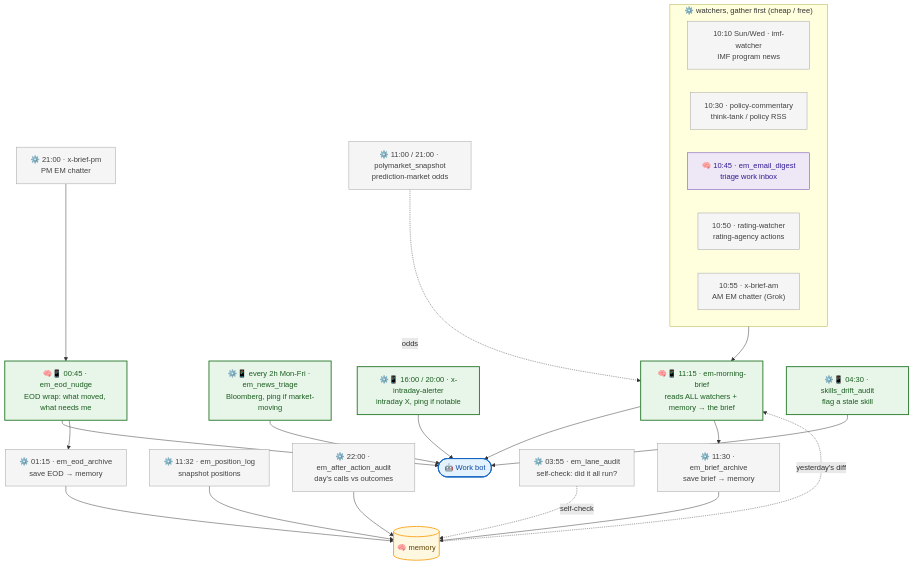
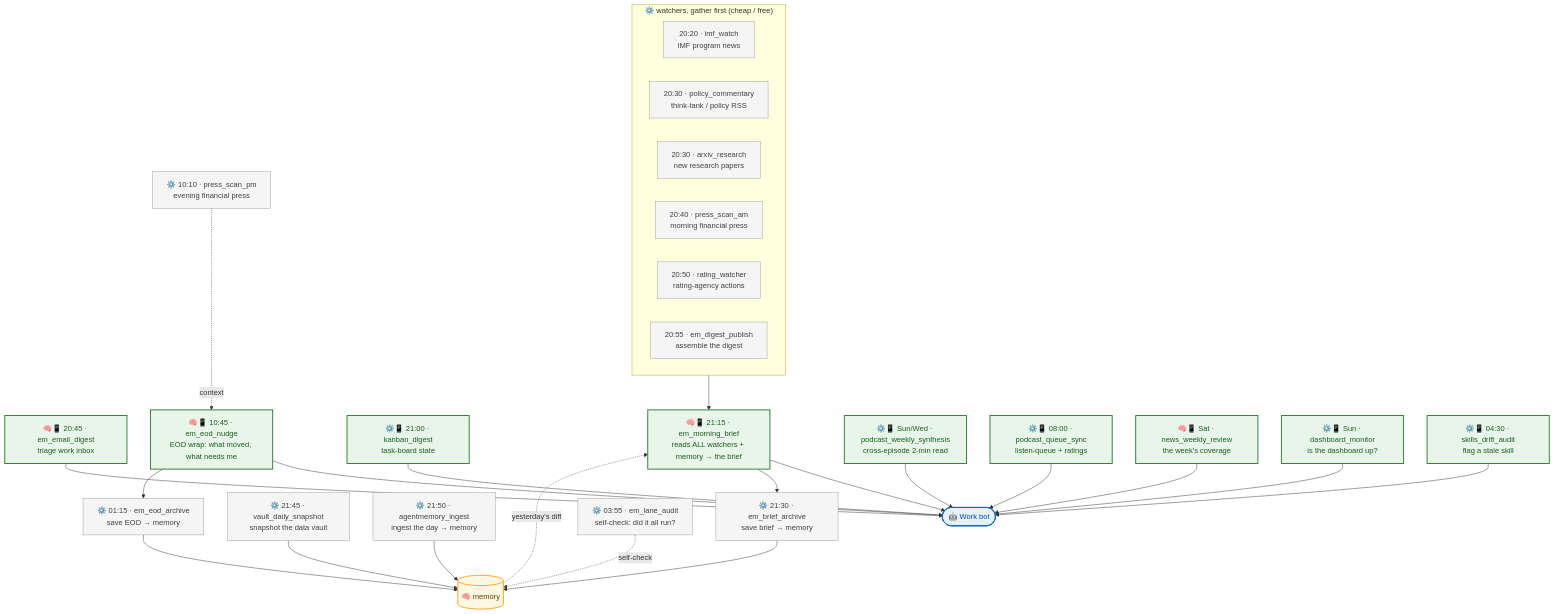
The second of 6 diagrams in docs/08-the-fleet-map.md (nickmuchi87/hermes-agents-showcase), drawn with Mermaid before and after one commit. The commit also changed other lines of this file and 8 other files, not shown here.

````diff
--- a/docs/08-the-fleet-map.md
+++ b/docs/08-the-fleet-map.md
@@ -69,46 +69,53 @@
 ```mermaid
 flowchart TB
     subgraph WS["⚙️ watchers, gather first (cheap / free)"]
         direction LR
-        w_imf["10:10 Sun/Wed · imf-watcher<br/>IMF program news"]:::plumb
-        w_pol["10:30 · policy-commentary<br/>think-tank / policy RSS"]:::plumb
-        w_eml["🧠 10:45 · em_email_digest<br/>triage work inbox"]:::agent
-        w_rat["10:50 · rating-watcher<br/>rating-agency actions"]:::plumb
-        w_xam["10:55 · x-brief-am<br/>AM EM chatter (Grok)"]:::plumb
+        w_imf["20:20 · imf_watch<br/>IMF program news"]:::plumb
+        w_pol["20:30 · policy_commentary<br/>think-tank / policy RSS"]:::plumb
+        w_arx["20:30 · arxiv_research<br/>new research papers"]:::plumb
+        w_prs["20:40 · press_scan_am<br/>morning financial press"]:::plumb
+        w_rat["20:50 · rating_watcher<br/>rating-agency actions"]:::plumb
+        w_pub["20:55 · em_digest_publish<br/>assemble the digest"]:::plumb
     end
-    brief["🧠📱 11:15 · em-morning-brief<br/>reads ALL watchers + memory → the brief"]:::ping
-    arch["⚙️ 11:30 · em_brief_archive<br/>save brief → memory"]:::plumb
-    pos["⚙️ 11:32 · em_position_log<br/>snapshot positions"]:::plumb
-    poly["⚙️ 11:00 / 21:00 · polymarket_snapshot<br/>prediction-market odds"]:::plumb
-    news2["⚙️📱 every 2h Mon-Fri · em_news_triage<br/>Bloomberg, ping if market-moving"]:::ping
-    intra["⚙️📱 16:00 / 20:00 · x-intraday-alerter<br/>intraday X, ping if notable"]:::ping
-    xpm["⚙️ 21:00 · x-brief-pm<br/>PM EM chatter"]:::plumb
-    aaa["⚙️ 22:00 · em_after_action_audit<br/>day's calls vs outcomes"]:::plumb
-    eod["🧠📱 00:45 · em_eod_nudge<br/>EOD wrap: what moved, what needs me"]:::ping
+    eml["🧠📱 20:45 · em_email_digest<br/>triage work inbox"]:::ping
+    brief["🧠📱 21:15 · em_morning_brief<br/>reads ALL watchers + memory → the brief"]:::ping
+    kan["⚙️📱 21:00 · kanban_digest<br/>task-board state"]:::ping
+    arch["⚙️ 21:30 · em_brief_archive<br/>save brief → memory"]:::plumb
+    vault["⚙️ 21:45 · vault_daily_snapshot<br/>snapshot the data vault"]:::plumb
+    ingest["⚙️ 21:50 · agentmemory_ingest<br/>ingest the day → memory"]:::plumb
+    prspm["⚙️ 10:10 · press_scan_pm<br/>evening financial press"]:::plumb
+    eod["🧠📱 10:45 · em_eod_nudge<br/>EOD wrap: what moved, what needs me"]:::ping
     eoda["⚙️ 01:15 · em_eod_archive<br/>save EOD → memory"]:::plumb
+    pod["⚙️📱 Sun/Wed · podcast_weekly_synthesis<br/>cross-episode 2-min read"]:::ping
+    pq["⚙️📱 08:00 · podcast_queue_sync<br/>listen-queue + ratings"]:::ping
+    nwr["🧠📱 Sat · news_weekly_review<br/>the week's coverage"]:::ping
+    dash["⚙️📱 Sun · dashboard_monitor<br/>is the dashboard up?"]:::ping
     aud["⚙️ 03:55 · em_lane_audit<br/>self-check: did it all run?"]:::plumb
     drift["⚙️📱 04:30 · skills_drift_audit<br/>flag a stale skill"]:::ping
     mem[("🧠 memory")]:::mem
     bot(["🤖 Work bot"]):::bot
 
     WS --> brief
     mem -. "yesterday's diff" .-> brief
-    poly -. "odds" .-> brief
     brief --> bot
+    eml --> bot
+    kan --> bot
     brief --> arch --> mem
-    pos --> mem
-    aaa --> mem
-    xpm --> eod
+    vault --> mem
+    ingest --> mem
+    prspm -. "context" .-> eod
     eod --> bot
     eod --> eoda --> mem
-    news2 --> bot
-    intra --> bot
+    pod --> bot
+    pq --> bot
+    nwr --> bot
+    dash --> bot
     drift --> bot
     aud -. "self-check" .-> mem
 
     classDef agent fill:#ede7f6,stroke:#5e35b1,color:#311b92;
     classDef plumb fill:#f5f5f5,stroke:#9e9e9e,color:#424242;
     classDef ping fill:#e8f5e9,stroke:#2e7d32,color:#1b5e20,stroke-width:2px;
     classDef mem fill:#fff8e1,stroke:#f9a825,color:#5f4300,stroke-width:2px;
     classDef bot fill:#e3f2fd,stroke:#1565c0,color:#0d47a1,stroke-width:2px;
 ```
````
